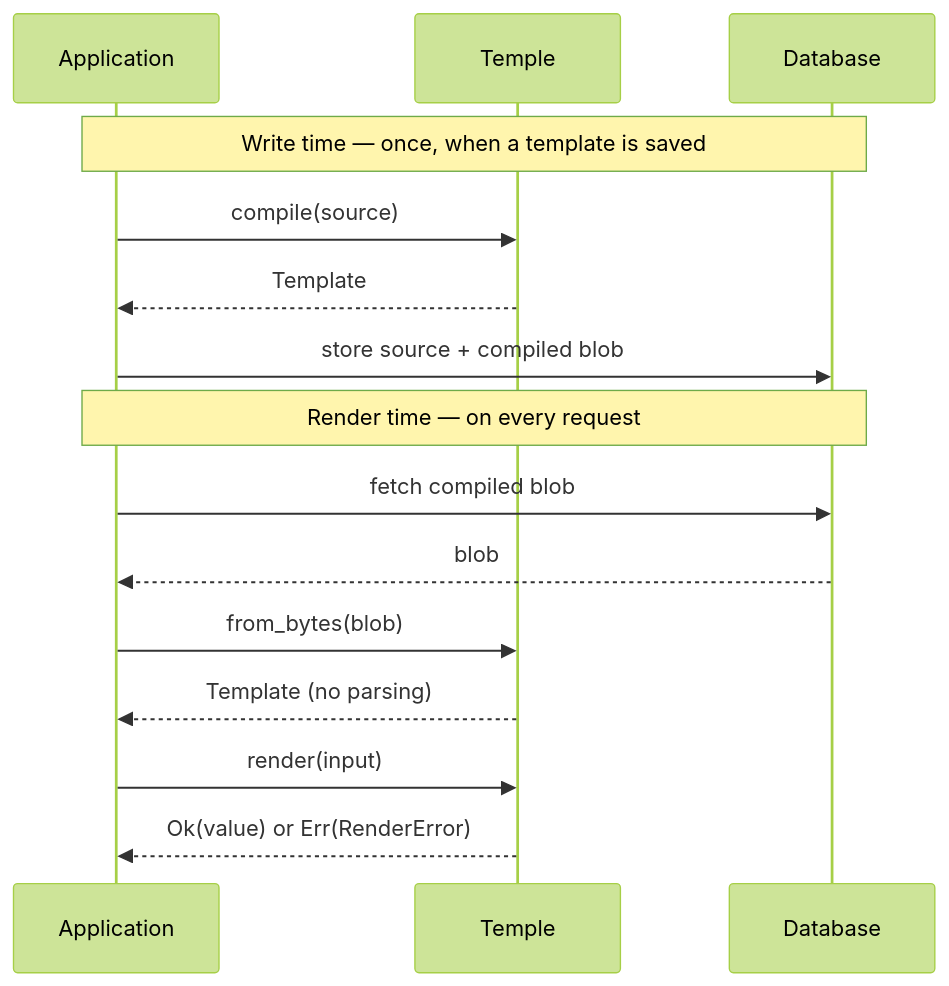
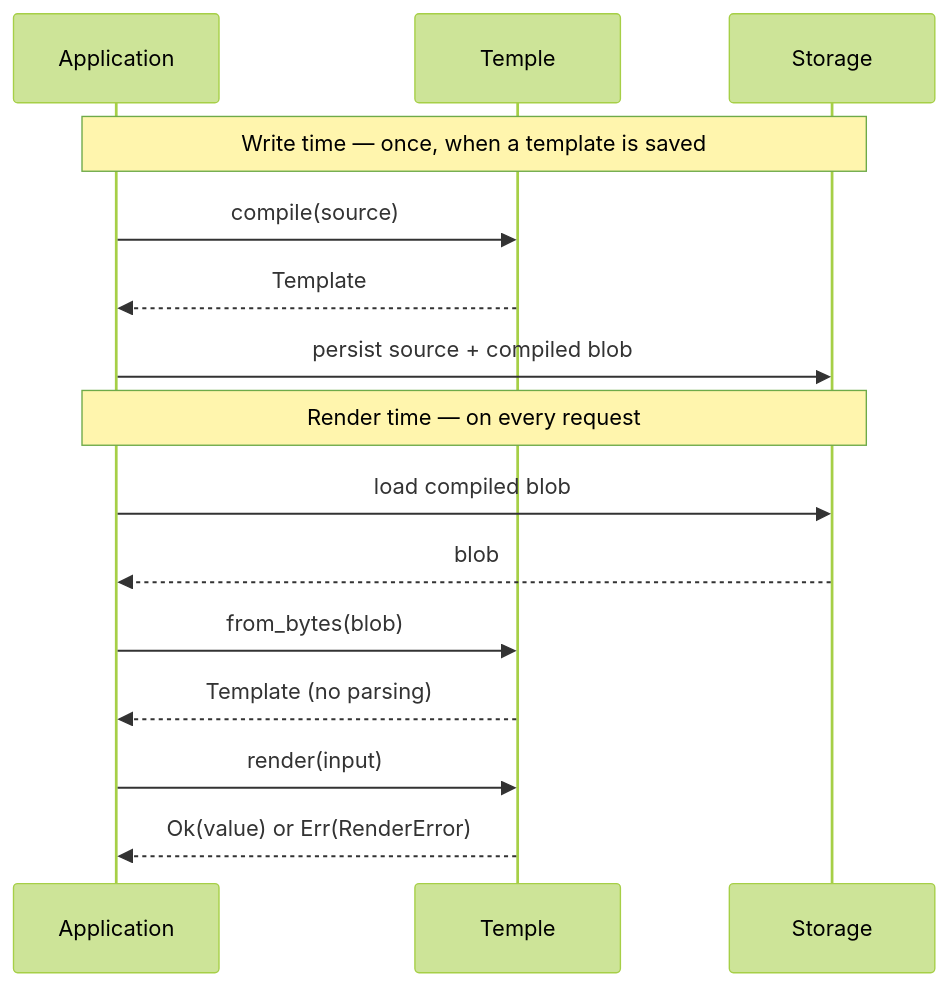
The diagram in README.md (sinha-sahil/temple-dsl), drawn with Mermaid (forest theme) before and after one commit. The commit also changed other lines of this file and 24 other files, not shown here.

````diff
--- a/README.md
+++ b/README.md
@@ -86,19 +122,19 @@
 ```mermaid
 sequenceDiagram
     participant App as Application
     participant Temple
-    participant DB as Database
+    participant Store as Storage
 
-    Note over App,DB: Write time — once, when a template is saved
+    Note over App,Store: Write time — once, when a template is saved
     App->>Temple: compile(source)
     Temple-->>App: Template
-    App->>DB: store source + compiled blob
+    App->>Store: persist source + compiled blob
 
-    Note over App,DB: Render time — on every request
-    App->>DB: fetch compiled blob
-    DB-->>App: blob
+    Note over App,Store: Render time — on every request
+    App->>Store: load compiled blob
+    Store-->>App: blob
     App->>Temple: from_bytes(blob)
     Temple-->>App: Template (no parsing)
     App->>Temple: render(input)
     Temple-->>App: Ok(value) or Err(RenderError)
 ```
````
